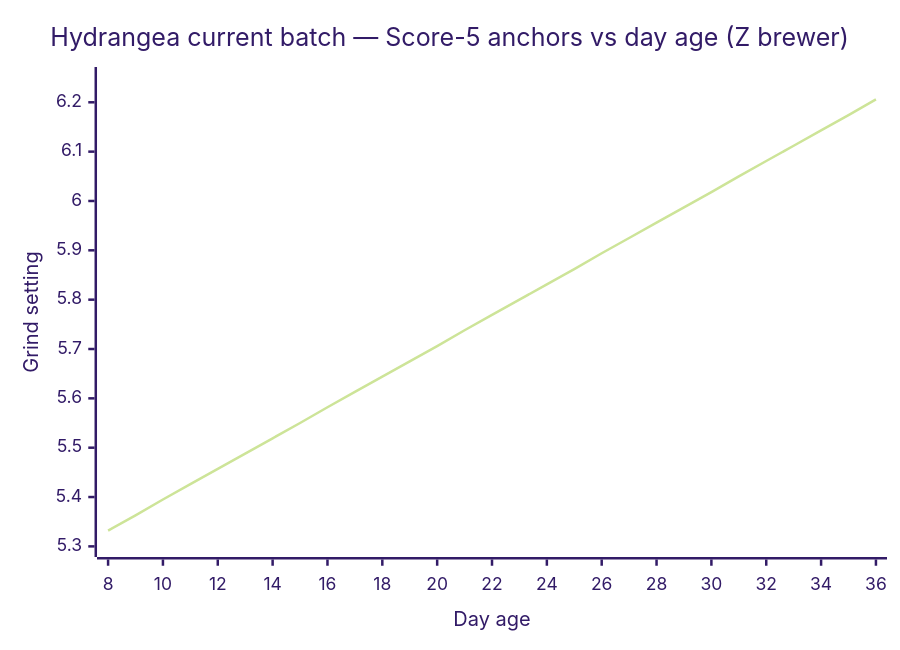
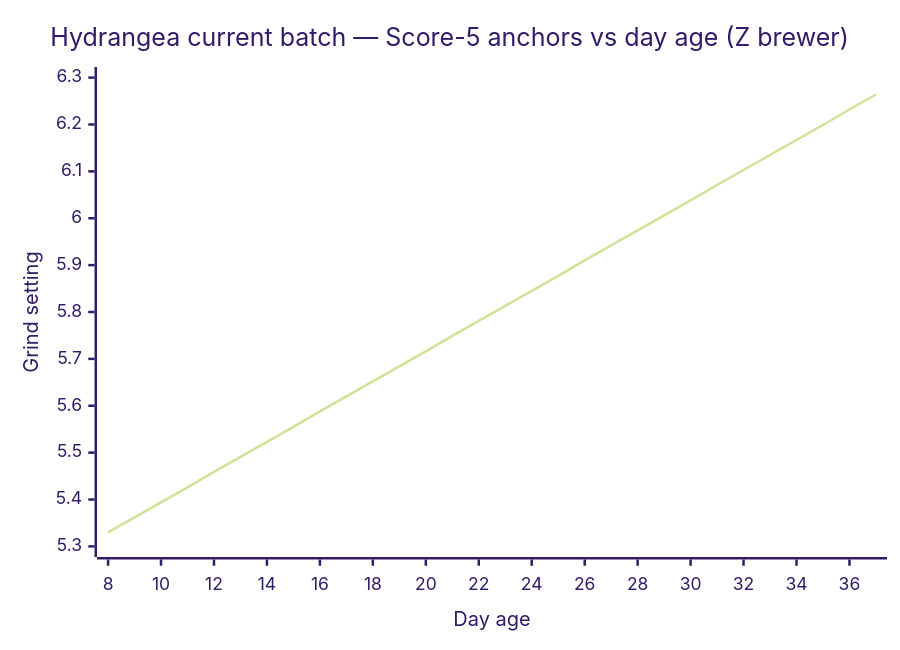
One commit to manuscriptmastr/coffee-journal changed the first of 6 diagrams in joshua-martin/profile.md. Above: the diagram before and after it, drawn with Mermaid (forest theme). The commit also changed other lines of this file and 1 other file, not shown here.

Commit message:
Close Hydrangea batch at Day 37: refine post-Day-27 drift to ~0.035/day; add Day-36 3-way SS, Day-37 closing entries, 4-way blend S5 prototype, and batch retrospective

````diff
--- a/joshua-martin/profile.md
+++ b/joshua-martin/profile.md
@@ -90,7 +90,7 @@
 ```mermaid
 xychart-beta
     title "Hydrangea current batch — Score-5 anchors vs day age (Z brewer)"
-    x-axis "Day age" 8 --> 36
-    y-axis "Grind setting" 5.30 --> 6.25
-    line [5.332, 5.363, 5.395, 5.426, 5.457, 5.488, 5.519, 5.550, 5.582, 5.613, 5.644, 5.675, 5.706, 5.738, 5.769, 5.800, 5.831, 5.862, 5.894, 5.925, 5.956, 5.987, 6.018, 6.050, 6.081, 6.112, 6.143, 6.174, 6.206]
+    x-axis "Day age" 8 --> 37
+    y-axis "Grind setting" 5.30 --> 6.30
+    line [5.330, 5.362, 5.394, 5.426, 5.459, 5.491, 5.523, 5.555, 5.588, 5.620, 5.652, 5.684, 5.716, 5.749, 5.781, 5.813, 5.845, 5.877, 5.910, 5.942, 5.974, 6.006, 6.038, 6.071, 6.103, 6.135, 6.167, 6.199, 6.232, 6.264]
 ```
````
